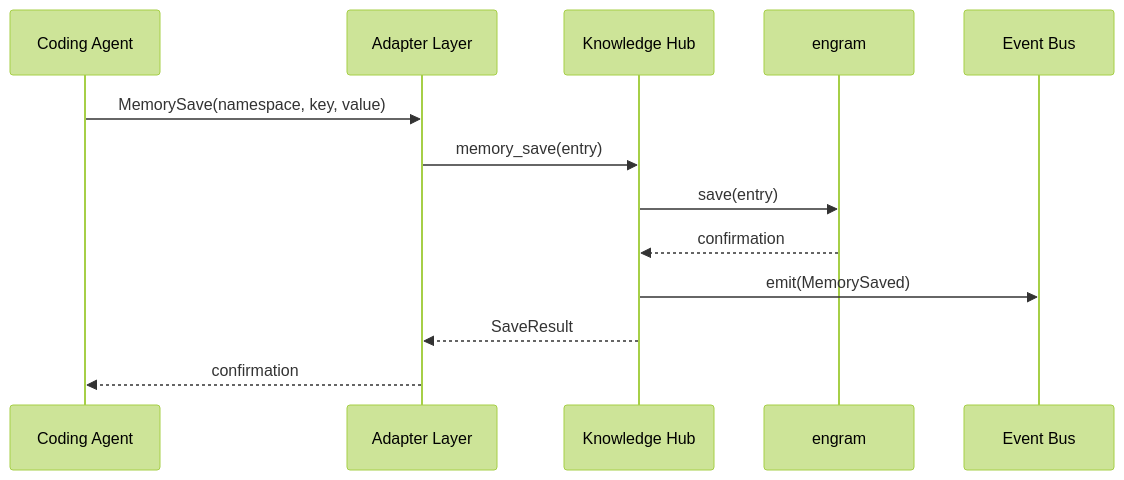
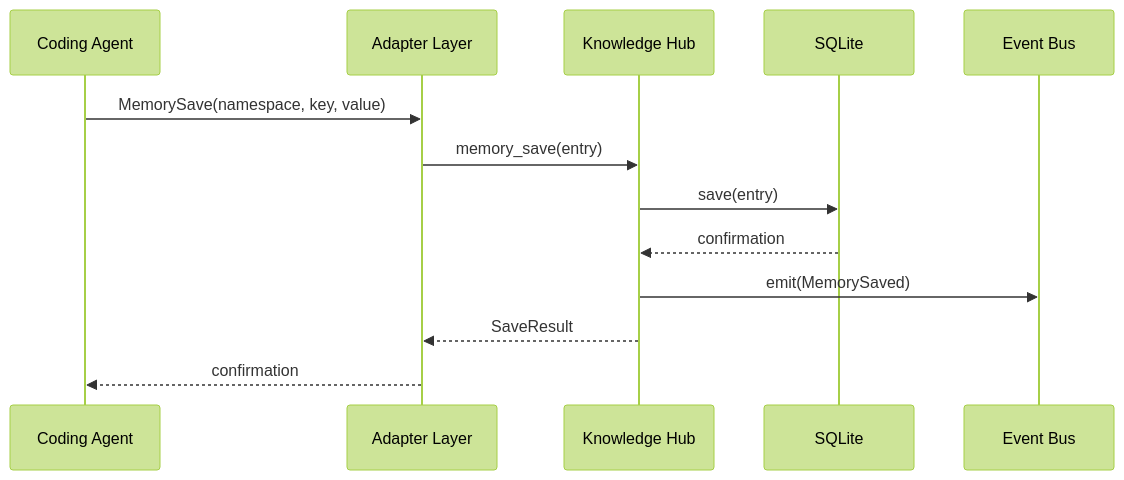
Before and after one commit to leonortega/coderun: the ninth of 11 diagrams in docs/01-architecture/DATA_FLOW.md, drawn with Mermaid (forest theme). The commit also changed other lines of this file and 44 other files, not shown here.

First line of the commit message:
feat(v1): minimal stack Tree-sitter+Tantivy+SQLite+Git, remove MkDocs/Knowledge Hub/LiteLLM, make skills opt-in, cache Tantivy reader, gate graph for large repos

````diff
--- a/docs/01-architecture/DATA_FLOW.md
+++ b/docs/01-architecture/DATA_FLOW.md
@@ -431,16 +430,16 @@
 ```mermaid
 sequenceDiagram
     participant Agent as Coding Agent
     participant AD as Adapter Layer
     participant KH as Knowledge Hub
-    participant ENG as engram
+    participant DB as SQLite
     participant EB as Event Bus
 
     Agent->>AD: MemorySave(namespace, key, value)
     AD->>KH: memory_save(entry)
-    KH->>ENG: save(entry)
-    ENG-->>KH: confirmation
+    KH->>DB: save(entry)
+    DB-->>KH: confirmation
     KH->>EB: emit(MemorySaved)
     KH-->>AD: SaveResult
     AD-->>Agent: confirmation
 ```
````
